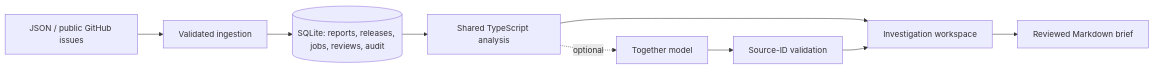
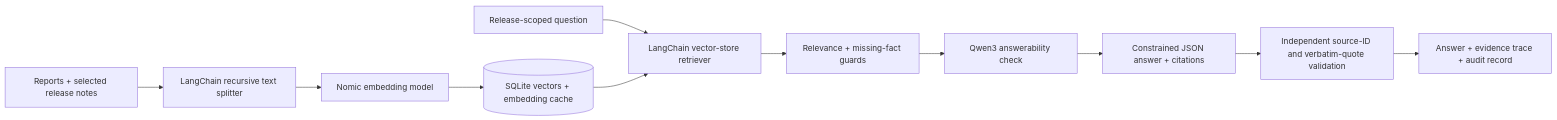
The diagram in README.md (michaelkharadze/ReleaseLens), drawn with Mermaid before and after one commit. The commit also changed other lines of this file and 9 other files, not shown here.

````diff
--- a/README.md
+++ b/README.md
@@ -51,11 +59,13 @@
 ```mermaid
 flowchart LR
-  A[JSON / public GitHub issues] --> B[Validated ingestion]
-  B --> C[(SQLite: reports, releases, jobs, reviews, audit)]
-  C --> D[Shared TypeScript analysis]
-  D --> E[Investigation workspace]
-  E --> F[Reviewed Markdown brief]
-  D -. optional .-> G[Together model]
-  G --> H[Source-ID validation]
-  H --> E
+  A[Reports + selected release notes] --> B[LangChain recursive text splitter]
+  B --> C[Nomic embedding model]
+  C --> D[(SQLite vectors + embedding cache)]
+  Q[Release-scoped question] --> E[LangChain vector-store retriever]
+  D --> E
+  E --> F[Relevance + missing-fact guards]
+  F --> G[Qwen3 answerability check]
+  G --> H[Constrained JSON answer + citations]
+  H --> I[Independent source-ID and verbatim-quote validation]
+  I --> J[Answer + evidence trace + audit record]
 ```
````
